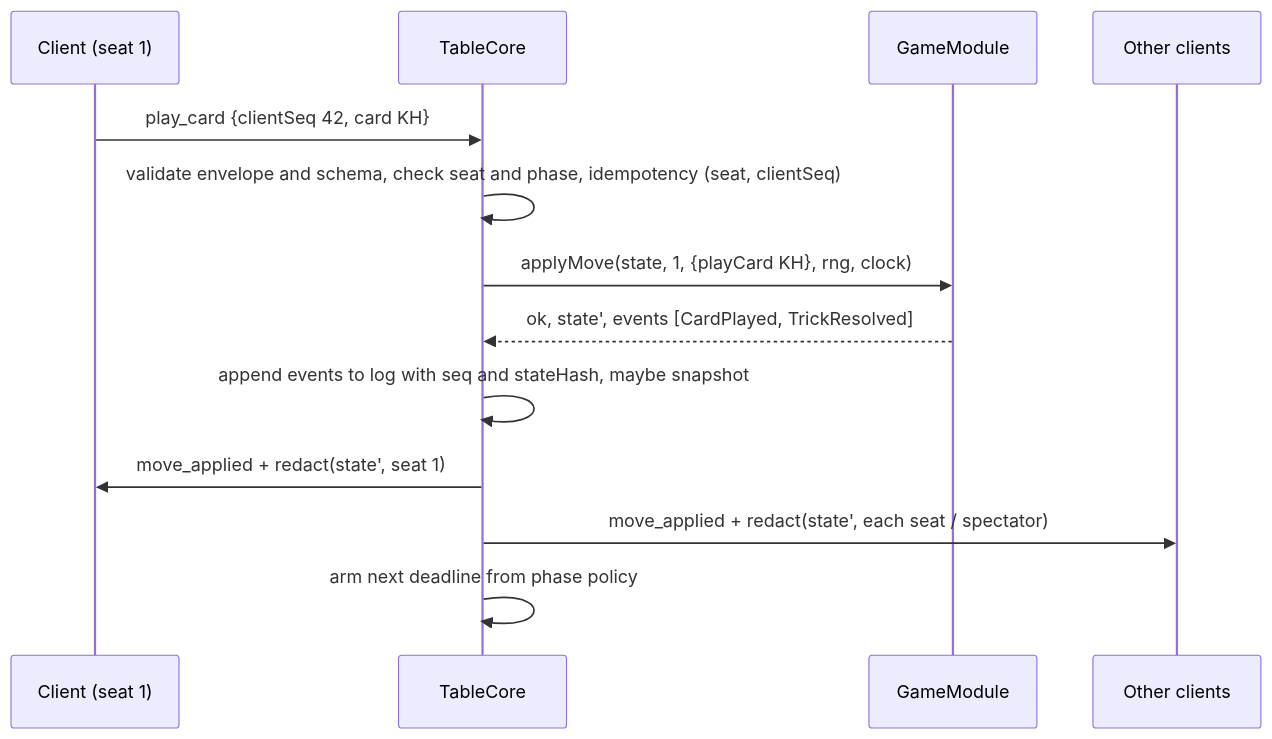
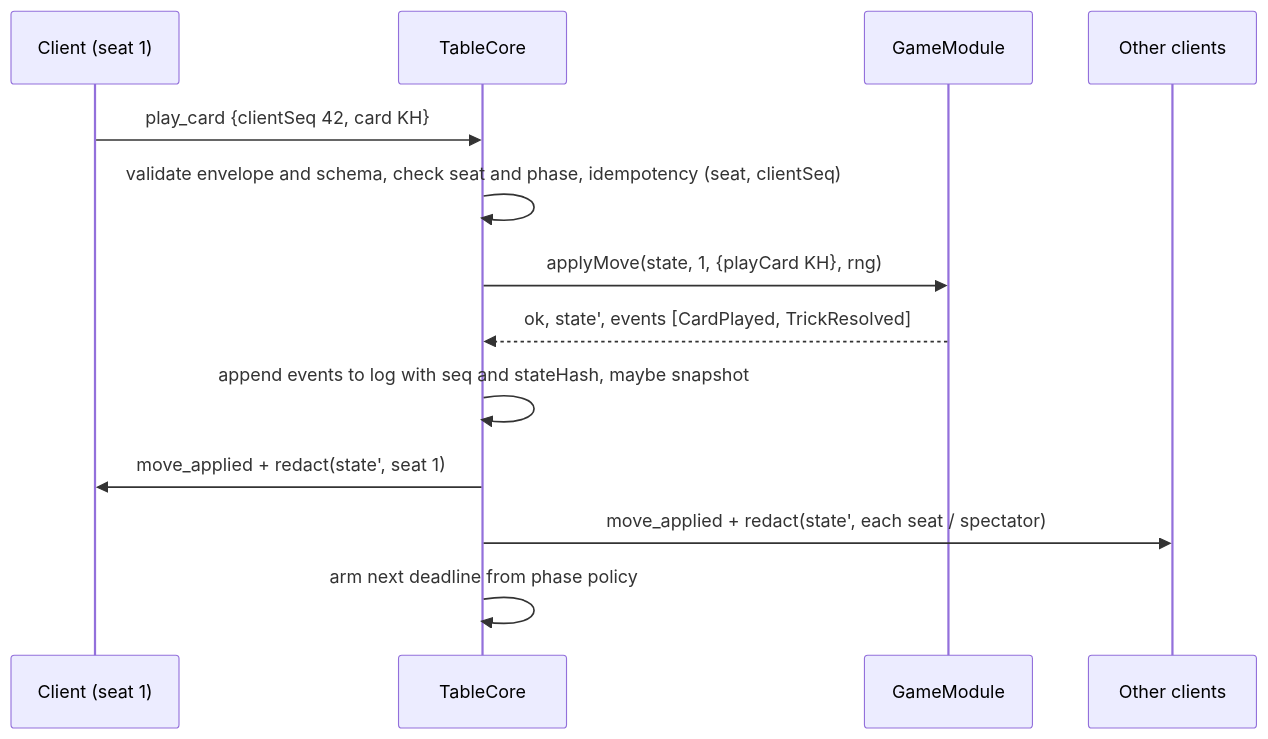
One commit to mkhizer77/hulla changed the fifth of 8 diagrams in docs/ARCHITECTURE.md. Above: the diagram before and after it, drawn with Mermaid. The commit also changed other lines of this file and 26 other files, not shown here.

````diff
--- a/docs/ARCHITECTURE.md
+++ b/docs/ARCHITECTURE.md
@@ -242,15 +242,15 @@
 ```mermaid
 sequenceDiagram
     participant C as Client (seat 1)
     participant T as TableCore
     participant G as GameModule
     participant O as Other clients
     C->>T: play_card {clientSeq 42, card KH}
     T->>T: validate envelope and schema, check seat and phase, idempotency (seat, clientSeq)
-    T->>G: applyMove(state, 1, {playCard KH}, rng, clock)
+    T->>G: applyMove(state, 1, {playCard KH}, rng)
     G-->>T: ok, state', events [CardPlayed, TrickResolved]
     T->>T: append events to log with seq and stateHash, maybe snapshot
     T->>C: move_applied + redact(state', seat 1)
     T->>O: move_applied + redact(state', each seat / spectator)
     T->>T: arm next deadline from phase policy
 ```
````
